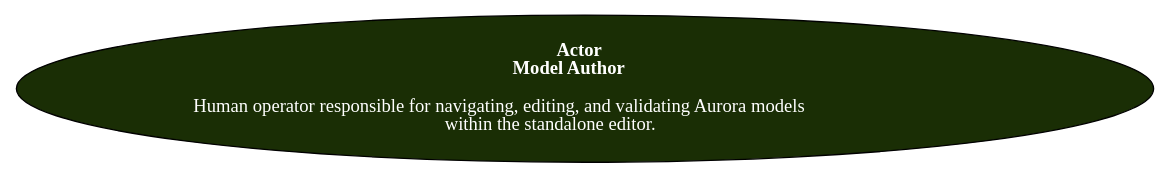
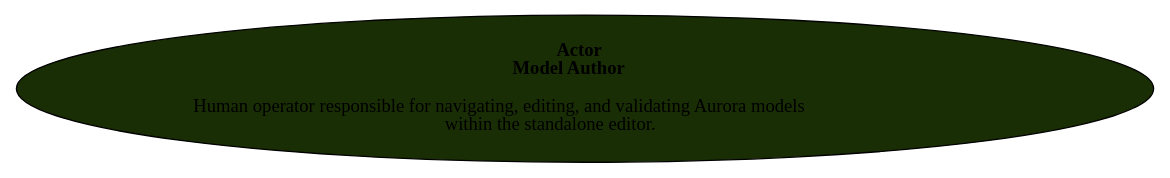
The diagram in docs/design/MIS-004-views/source/Use_Case.view.dot (JEleniel/aurora), drawn with Graphviz before and after one commit. The commit also changed 95 other files, not shown here.

```diff
--- a/docs/design/MIS-004-views/source/Use_Case.view.dot
+++ b/docs/design/MIS-004-views/source/Use_Case.view.dot
@@ -1,20 +1,20 @@
 digraph {
 					fontname="Noto Sans";
 					fontcolor="#FFFFFF";
 					fontsize=12;
 				ACT_004[
 			label=<
-				<FONT COLOR="#FFFFFF"><B>Actor</B><BR/>
+				<B>Actor</B><BR/>
 				<B>Model Author</B><BR/>
 				<BR/>
-				Human operator responsible for navigating, editing, and validating Aurora models<BR/> within the standalone editor.<BR/></FONT>
+				Human operator responsible for navigating, editing, and validating Aurora models<BR/> within the standalone editor.<BR/>
 			>
 			height=1.0;
 			width=1.6;
 			href="../MIS-004-views/Model_Author.view.svg";
 			style=filled;
 			fillcolor="#1a2e05";
 			svg_shape="ellipse";
 			icon="user";
 		];
 		}
```
